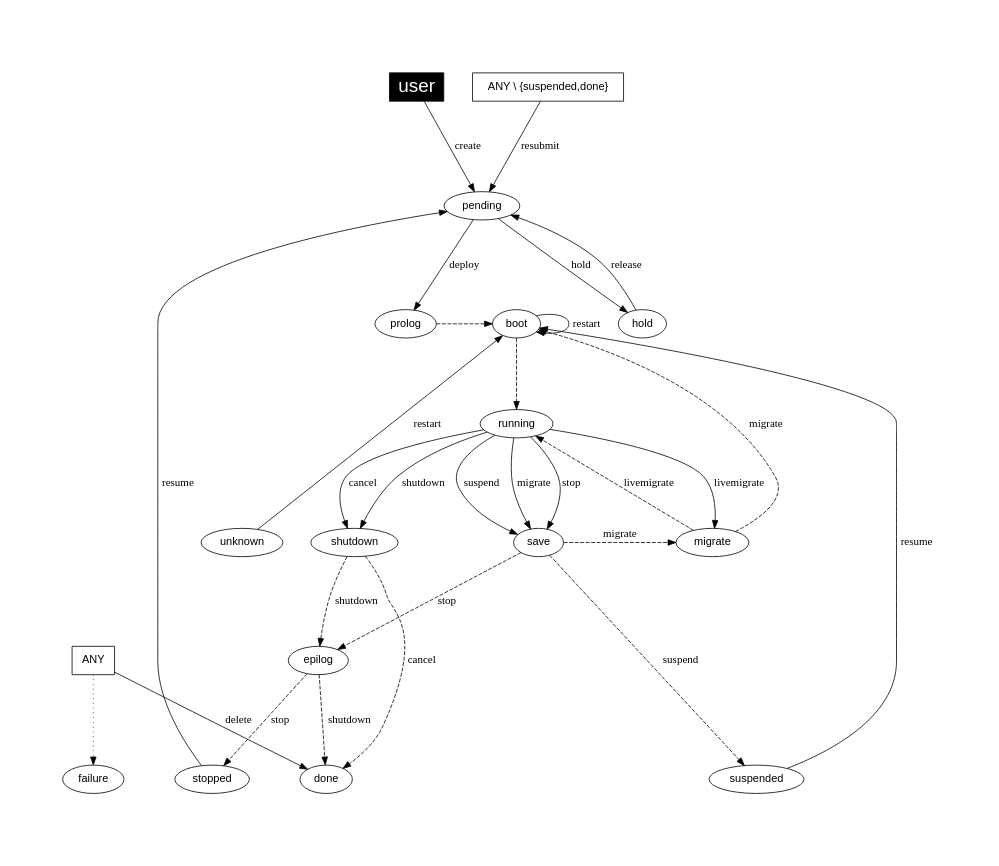
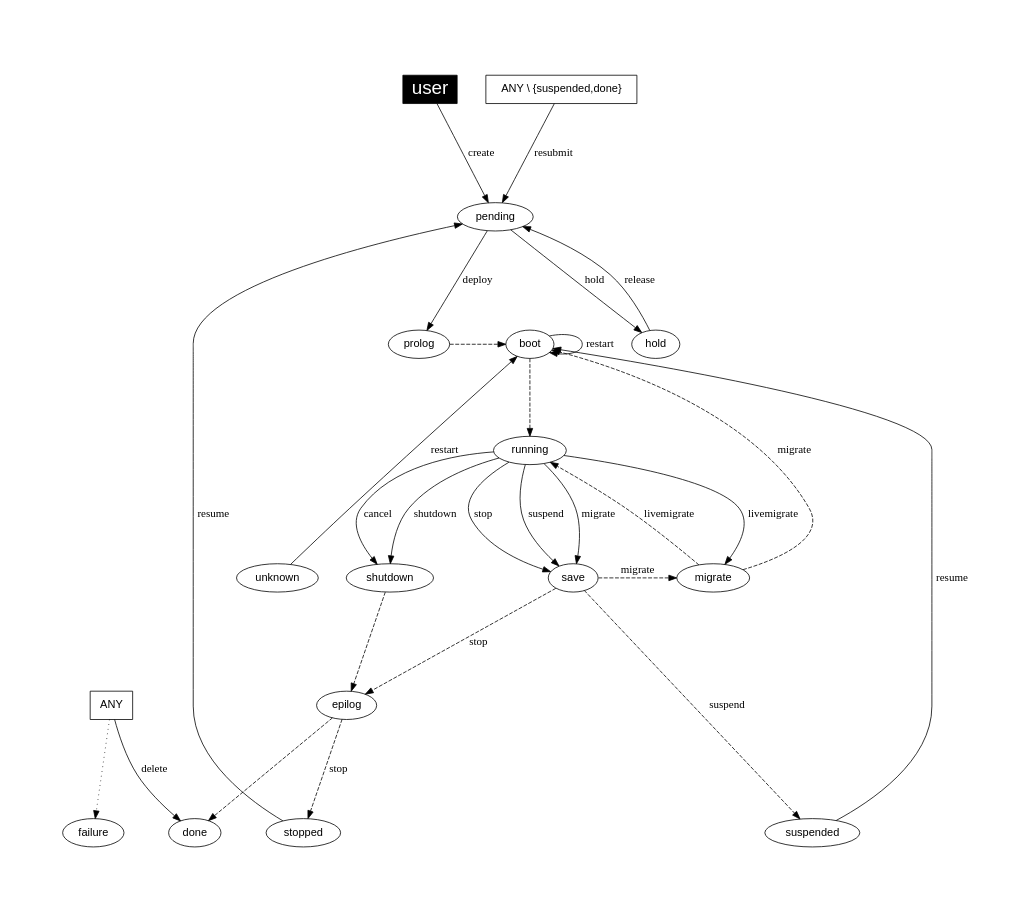
Before and after one commit to OpenNebula/one: the diagram in share/doc/states/states-simple.dot, drawn with Graphviz. The commit also changed 3 other files, not shown here.

Commit message:
Bug #668: Change the LCM, the cancel action executes the epilog on success (cherry picked from commit 5b67dd2ebbe65142954c9e260aa9a2386b92384d)

```diff
--- a/share/doc/states/states-simple.dot
+++ b/share/doc/states/states-simple.dot
@@ -1,84 +1,83 @@
 
 
 digraph OpenNebula {
     graph [
         nodesep= 0.5,
         ratio=1,
         pad=1,
     ];
 
     node [fontname="Helvetica"];
     edge [fontname="Menlo"];
     
     user [
         fillcolor="black",
         style="filled", shape="box",
         fontcolor="white", fontsize= "24.0"];
 
     ANY [ shape="box" ];
     "ANY \\ {suspended,done}" [ shape="box" ];
 
     subgraph { rank = min; user}
 #    subgraph { rank = same; pending; hold; color="white"}
     subgraph { rank = same; prolog; boot; color="white" }
     subgraph { rank = same; migrate; save; shutdown; unknown; color="white" }
     subgraph { rank = max; suspended; done; failure; stopped; color="white" }
 
 #   create
     user -> pending [label="create"];
 
 #   deploy
     pending     -> prolog [label="deploy"];
     prolog      -> boot [style="dashed"];
     boot        -> running [style="dashed"];
 
 #   shutdown
     running     -> shutdown [label="shutdown"];
-    shutdown    -> epilog [label="shutdown", style="dashed"];
-    epilog      -> done [label="shutdown", style="dashed"];
+    shutdown    -> epilog [style="dashed"];
+    epilog      -> done [style="dashed"];
 
 #   livemigrate
     running     -> migrate [label="livemigrate"];
     migrate     -> running [label="livemigrate", style="dashed"];
 
 #   migrate
     running     -> save [label="migrate"];
     save        -> migrate [label="migrate", style="dashed"];
     migrate     -> boot [label="migrate", style="dashed"];
 
 #   hold
     pending     -> hold [label="hold"];
 
 #   release
     hold        -> pending [label="release"];
 
 #   stop
     running     -> save [label="stop"];
     save        -> epilog [label="stop", style="dashed"];
     epilog      -> stopped [label="stop", style="dashed"];
 
 #   cancel
     running     -> shutdown [label="cancel"];
-    shutdown    -> done [label="cancel", style="dashed"];
 
 #   suspend
     running     -> save [label="suspend"];
     save        -> suspended [label="suspend", style="dashed"];
 
 #   resume
     stopped     -> pending [label="resume"];
     suspended   -> boot [label="resume"];
 
 #   delete
     ANY         -> done [label="delete"];
 
 #   restart
     unknown     -> boot [label="restart"];
     boot        -> boot [label="restart"];
 
 #   resubmit
     "ANY \\ {suspended,done}" -> pending [label="resubmit"];
 
 #   failures and misc.
     ANY         -> failure [style="dotted"];
 }
```
